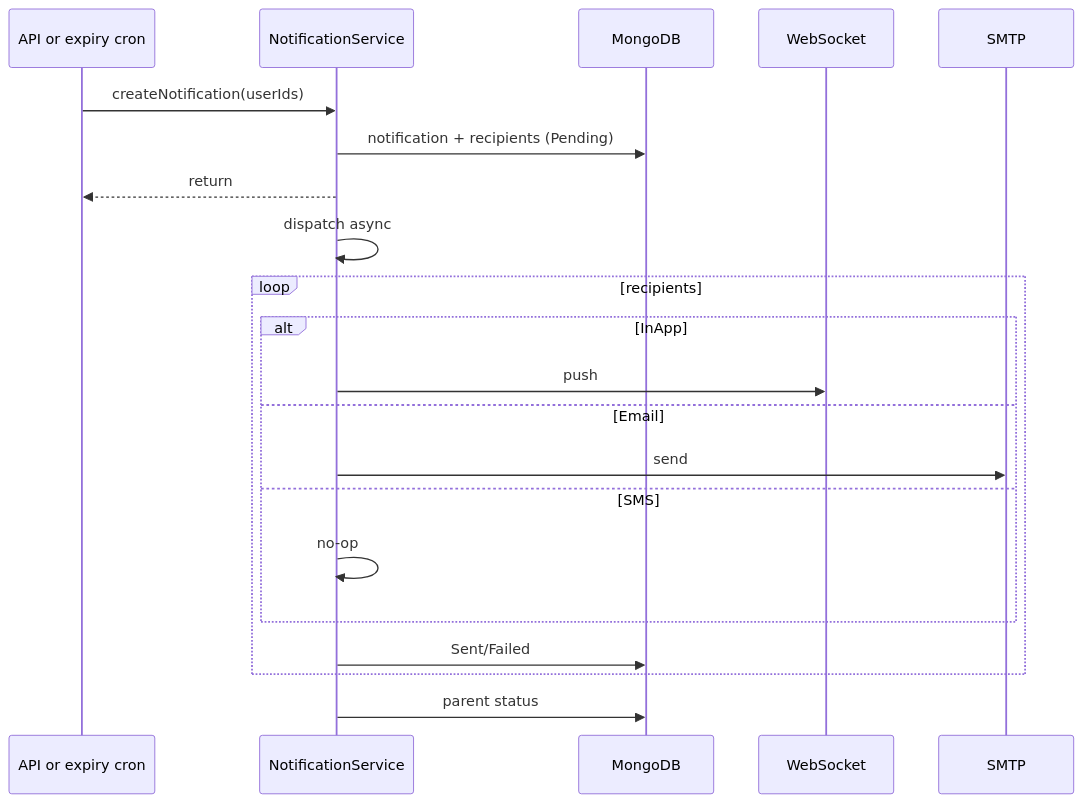
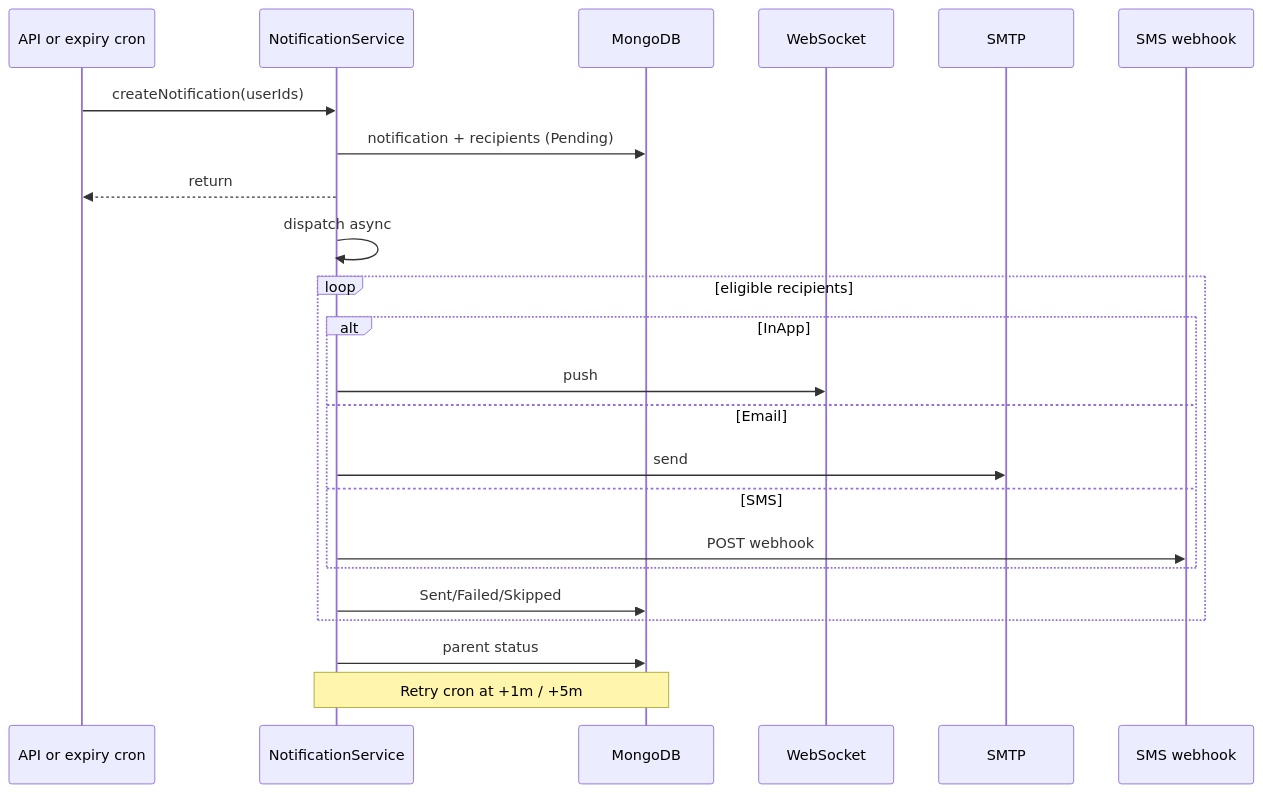
One commit to aabhushanCD/spims changed the eighth of 8 diagrams in server/docs/business-logic/business-workflows.md. Above: the diagram before and after it, drawn with Mermaid. The commit also changed other lines of this file and 22 other files, not shown here.

````diff
--- a/server/docs/business-logic/business-workflows.md
+++ b/server/docs/business-logic/business-workflows.md
@@ -221,24 +221,26 @@
 ```mermaid
 sequenceDiagram
   participant Trigger as API or expiry cron
   participant N as NotificationService
   participant DB as MongoDB
   participant W as WebSocket
   participant M as SMTP
+  participant S as SMS webhook
 
   Trigger->>N: createNotification(userIds)
   N->>DB: notification + recipients (Pending)
   N-->>Trigger: return
   N->>N: dispatch async
-  loop recipients
+  loop eligible recipients
     alt InApp
       N->>W: push
     else Email
       N->>M: send
     else SMS
-      N->>N: no-op
+      N->>S: POST webhook
     end
-    N->>DB: Sent/Failed
+    N->>DB: Sent/Failed/Skipped
   end
   N->>DB: parent status
+  Note over N,DB: Retry cron at +1m / +5m
 ```
````
